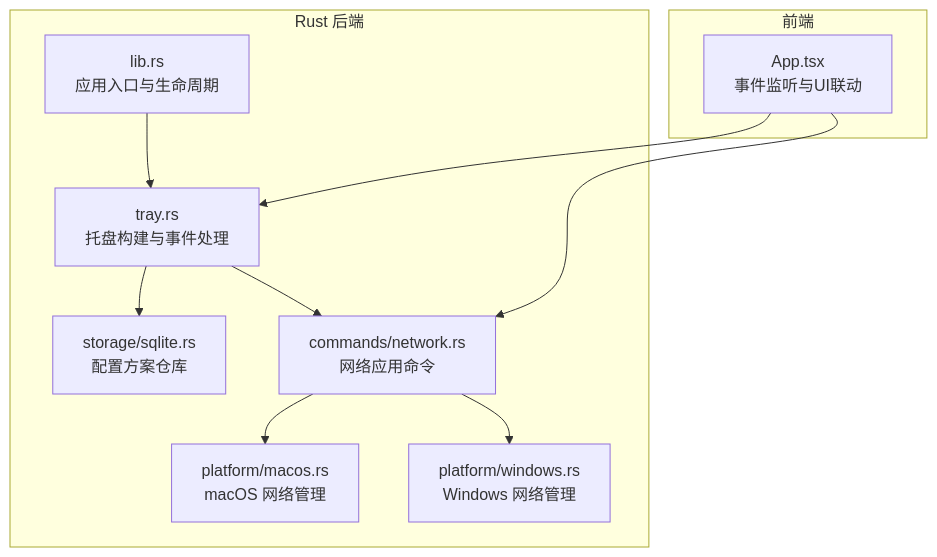
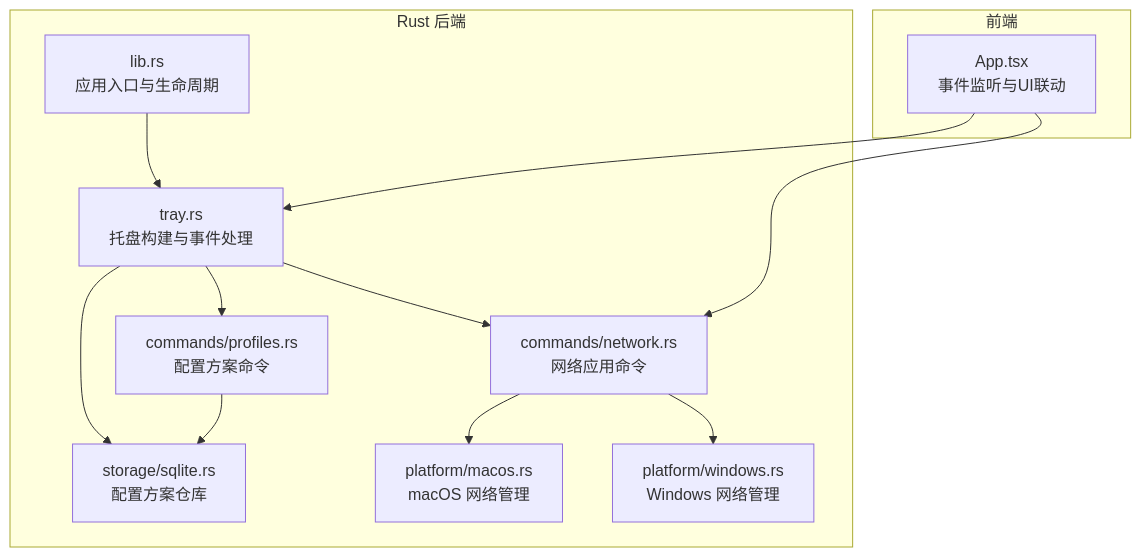
Before and after one commit to xdongliang/IPSwitcher: the first of 6 diagrams in .qoder/repowiki/zh/content/系统集成/系统托盘集成.md, drawn with Mermaid. The commit also changed other lines of this file and 5 other files, not shown here.

````diff
--- a/.qoder/repowiki/zh/content/系统集成/系统托盘集成.md
+++ b/.qoder/repowiki/zh/content/系统集成/系统托盘集成.md
@@ -34,21 +44,24 @@
 ```mermaid
 graph TB
 subgraph "Rust 后端"
 A["lib.rs<br/>应用入口与生命周期"]
 B["tray.rs<br/>托盘构建与事件处理"]
 C["storage/sqlite.rs<br/>配置方案仓库"]
 D["commands/network.rs<br/>网络应用命令"]
-E["platform/macos.rs<br/>macOS 网络管理"]
-F["platform/windows.rs<br/>Windows 网络管理"]
+E["commands/profiles.rs<br/>配置方案命令"]
+F["platform/macos.rs<br/>macOS 网络管理"]
+G["platform/windows.rs<br/>Windows 网络管理"]
 end
 subgraph "前端"
-G["App.tsx<br/>事件监听与UI联动"]
+H["App.tsx<br/>事件监听与UI联动"]
 end
 A --> B
 B --> C
 B --> D
-D --> E
+B --> E
 D --> F
-G --> D
-G --> B
+D --> G
+E --> C
+H --> D
+H --> B
 ```
````
